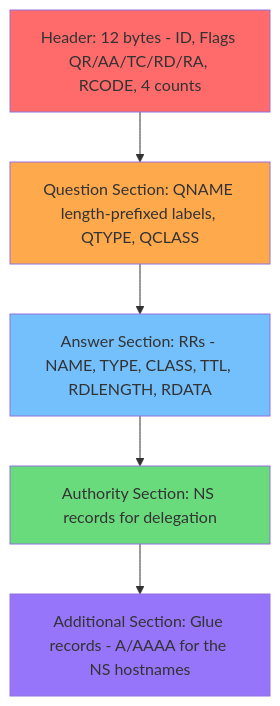
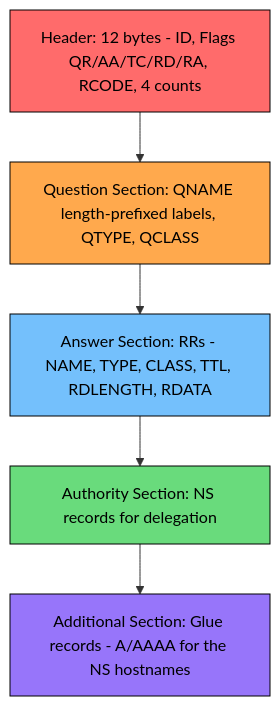
Before and after one commit to LankaHarsha/system-designing-internals: the first of 5 diagrams in Day1.md, drawn with Mermaid. The commit also changed other lines of this file, not shown here.

````diff
--- a/Day1.md
+++ b/Day1.md
@@ -68,16 +68,16 @@
 ```mermaid
 graph TD
     Header["Header: 12 bytes - ID, Flags QR/AA/TC/RD/RA, RCODE, 4 counts"]
     Question["Question Section: QNAME length-prefixed labels, QTYPE, QCLASS"]
     Answer["Answer Section: RRs - NAME, TYPE, CLASS, TTL, RDLENGTH, RDATA"]
     Authority["Authority Section: NS records for delegation"]
     Additional["Additional Section: Glue records - A/AAAA for the NS hostnames"]
 
     Header --> Question --> Answer --> Authority --> Additional
 
-    style Header fill:#ff6b6b
-    style Question fill:#ffa94d
-    style Answer fill:#74c0fc
-    style Authority fill:#69db7c
-    style Additional fill:#9775fa
+    style Header fill:#ff6b6b,color:#000000,stroke:#000000
+    style Question fill:#ffa94d,color:#000000,stroke:#000000
+    style Answer fill:#74c0fc,color:#000000,stroke:#000000
+    style Authority fill:#69db7c,color:#000000,stroke:#000000
+    style Additional fill:#9775fa,color:#000000,stroke:#000000
 ```
````
